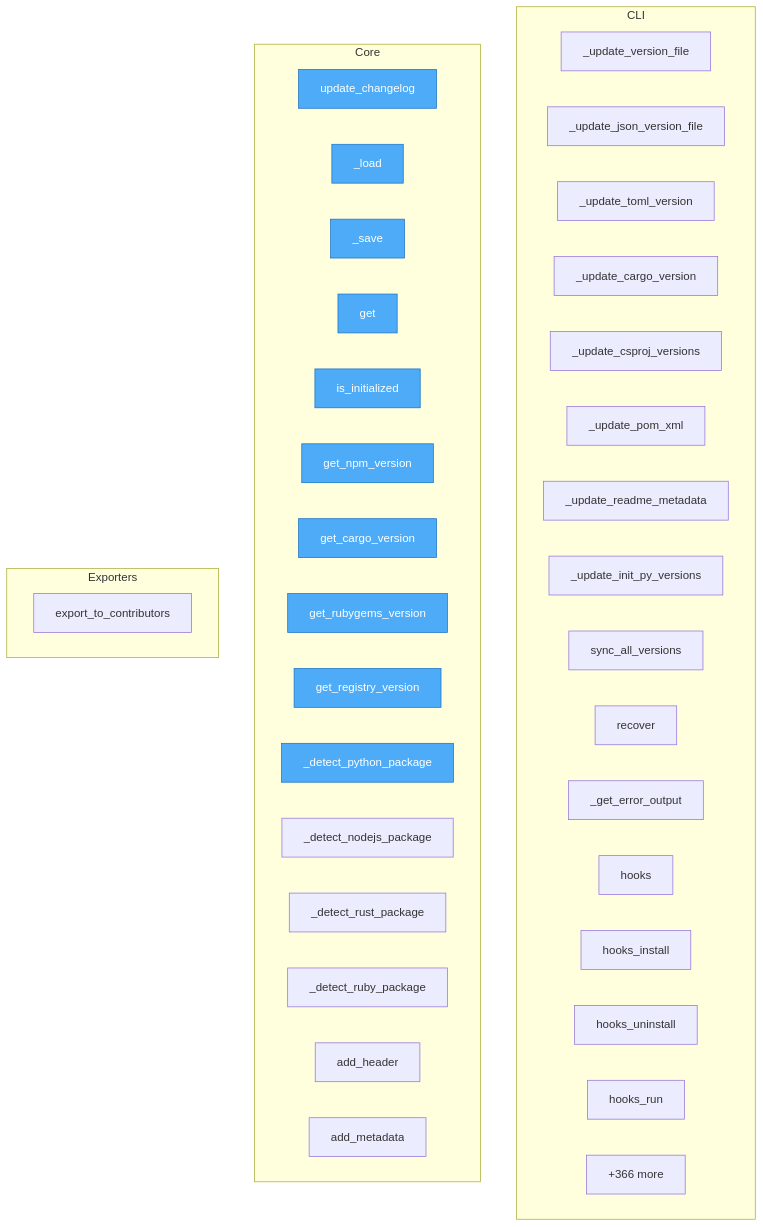
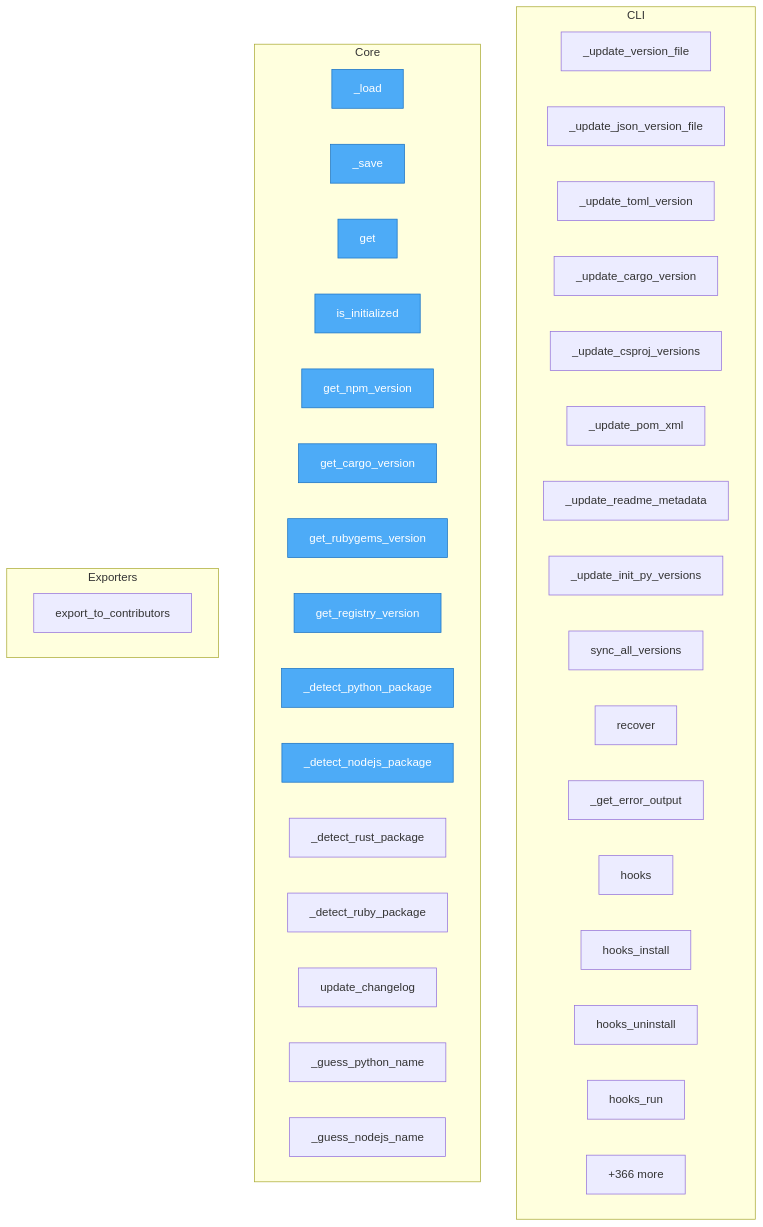
The diagram in project/flow.mmd (semcod/goal), drawn with Mermaid before and after one commit. The commit also changed 38 other files, not shown here.

```diff
--- a/project/flow.mmd
+++ b/project/flow.mmd
@@ -1,48 +1,48 @@
 flowchart TD
 
     %% Entry points (blue)
     classDef entry fill:#4dabf7,stroke:#1971c2,color:#fff
 
     subgraph CLI
         goal__cli__version_sync___update_version_file["_update_version_file"]
         goal__cli__version_sync___update_json_version_file["_update_json_version_file"]
         goal__cli__version_sync___update_toml_version["_update_toml_version"]
         goal__cli__version_sync___update_cargo_version["_update_cargo_version"]
         goal__cli__version_sync___update_csproj_versions["_update_csproj_versions"]
         goal__cli__version_sync___update_pom_xml["_update_pom_xml"]
         goal__cli__version_sync___update_readme_metadata["_update_readme_metadata"]
         goal__cli__version_sync___update_init_py_versions["_update_init_py_versions"]
         goal__cli__version_sync__sync_all_versions["sync_all_versions"]
         goal__cli__recover_cmd__recover["recover"]
         goal__cli__recover_cmd___get_error_output["_get_error_output"]
         goal__cli__hooks_cmd__hooks["hooks"]
         goal__cli__hooks_cmd__hooks_install["hooks_install"]
         goal__cli__hooks_cmd__hooks_uninstall["hooks_uninstall"]
         goal__cli__hooks_cmd__hooks_run["hooks_run"]
-        ...["+87 more"]
+        ...["+88 more"]
     end
 
     subgraph Core
-        goal__changelog__update_changelog["update_changelog"]
         goal__user_config__UserConfig___load["_load"]
         goal__user_config__UserConfig___save["_save"]
         goal__user_config__UserConfig__get["get"]
         goal__user_config__UserConfig__is_initialized["is_initialized"]
         goal__version_validation__get_npm_version["get_npm_version"]
         goal__version_validation__get_cargo_version["get_cargo_version"]
         goal__version_validation__get_rubygems_version["get_rubygems_version"]
         goal__version_validation__get_registry_version["get_registry_version"]
         goal__version_validation___detect_python_package["_detect_python_package"]
         goal__version_validation___detect_nodejs_package["_detect_nodejs_package"]
         goal__version_validation___detect_rust_package["_detect_rust_package"]
         goal__version_validation___detect_ruby_package["_detect_ruby_package"]
-        goal__formatter__MarkdownFormatter__add_header["add_header"]
-        goal__formatter__MarkdownFormatter__add_metadata["add_metadata"]
+        goal__changelog__update_changelog["update_changelog"]
+        goal__project_bootstrap___guess_python_name["_guess_python_name"]
+        goal__project_bootstrap___guess_nodejs_name["_guess_nodejs_name"]
         ...["+366 more"]
     end
 
     subgraph Exporters
         goal__authors__manager__AuthorsManager__export_to_contributors["export_to_contributors"]
     end
 
-    class goal__changelog__update_changelog,goal__user_config__UserConfig___load,goal__user_config__UserConfig___save,goal__user_config__UserConfig__get,goal__user_config__UserConfig__is_initialized,goal__version_validation__get_npm_version,goal__version_validation__get_cargo_version,goal__version_validation__get_rubygems_version,goal__version_validation__get_registry_version,goal__version_validation___detect_python_package entry
+    class goal__user_config__UserConfig___load,goal__user_config__UserConfig___save,goal__user_config__UserConfig__get,goal__user_config__UserConfig__is_initialized,goal__version_validation__get_npm_version,goal__version_validation__get_cargo_version,goal__version_validation__get_rubygems_version,goal__version_validation__get_registry_version,goal__version_validation___detect_python_package,goal__version_validation___detect_nodejs_package entry
```
